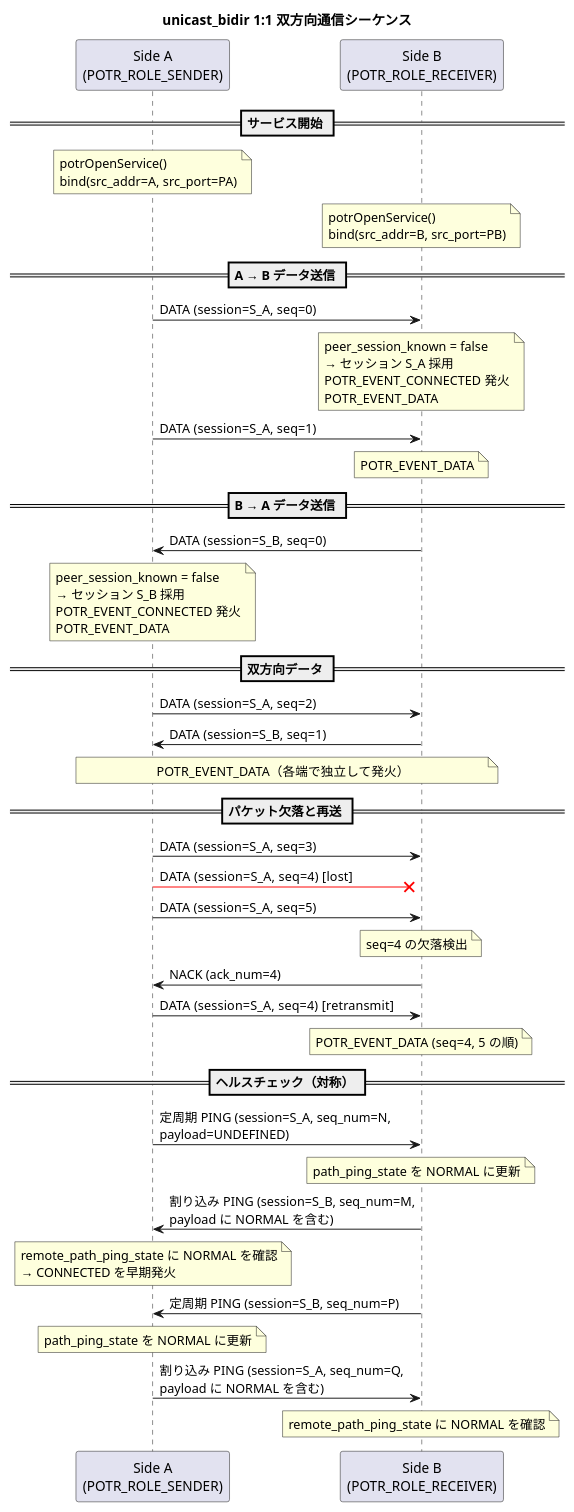
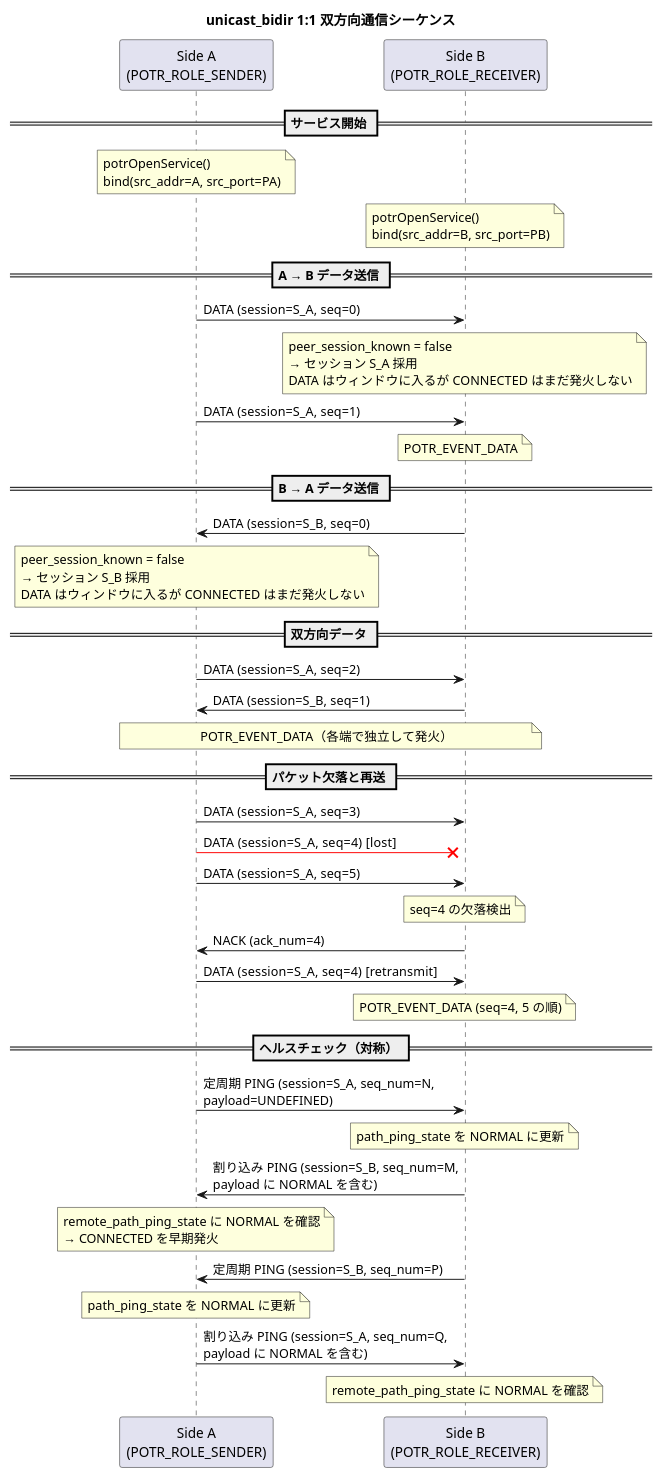
Diagram 17 of 29 in app/porter/docs/sequence.md (Hondarer/c-modernization-kit), drawn with PlantUML before and after one commit. The commit also changed other lines of this file and 7 other files, not shown here.

````diff
--- a/app/porter/docs/sequence.md
+++ b/app/porter/docs/sequence.md
@@ -622,55 +622,55 @@
 ```plantuml
 @startuml unicast_bidir 通信シーケンス
 title unicast_bidir 1:1 双方向通信シーケンス
 
 participant "Side A\n(POTR_ROLE_SENDER)" as A
 participant "Side B\n(POTR_ROLE_RECEIVER)" as B
 
 == サービス開始 ==
 
 note over A: potrOpenService()\nbind(src_addr=A, src_port=PA)
 note over B: potrOpenService()\nbind(src_addr=B, src_port=PB)
 
 == A → B データ送信 ==
 
 A -> B: DATA (session=S_A, seq=0)
-note over B: peer_session_known = false\n→ セッション S_A 採用\nPOTR_EVENT_CONNECTED 発火\nPOTR_EVENT_DATA
+note over B: peer_session_known = false\n→ セッション S_A 採用\nDATA はウィンドウに入るが CONNECTED はまだ発火しない
 
 A -> B: DATA (session=S_A, seq=1)
 note over B: POTR_EVENT_DATA
 
 == B → A データ送信 ==
 
 B -> A: DATA (session=S_B, seq=0)
-note over A: peer_session_known = false\n→ セッション S_B 採用\nPOTR_EVENT_CONNECTED 発火\nPOTR_EVENT_DATA
+note over A: peer_session_known = false\n→ セッション S_B 採用\nDATA はウィンドウに入るが CONNECTED はまだ発火しない
 
 == 双方向データ ==
 
 A -> B: DATA (session=S_A, seq=2)
 B -> A: DATA (session=S_B, seq=1)
 note over A,B: POTR_EVENT_DATA（各端で独立して発火）
 
 == パケット欠落と再送 ==
 
 A -> B: DATA (session=S_A, seq=3)
 A -[#red]x B: DATA (session=S_A, seq=4)  [lost]
 A -> B: DATA (session=S_A, seq=5)
 note over B: seq=4 の欠落検出
 B -> A: NACK (ack_num=4)
 A -> B: DATA (session=S_A, seq=4)  [retransmit]
 note over B: POTR_EVENT_DATA (seq=4, 5 の順)
 
 == ヘルスチェック（対称） ==
 
 A -> B: 定周期 PING (session=S_A, seq_num=N,\npayload=UNDEFINED)
 note over B: path_ping_state を NORMAL に更新
 B -> A: 割り込み PING (session=S_B, seq_num=M,\npayload に NORMAL を含む)
 note over A: remote_path_ping_state に NORMAL を確認\n→ CONNECTED を早期発火
 
 B -> A: 定周期 PING (session=S_B, seq_num=P)
 note over A: path_ping_state を NORMAL に更新
 A -> B: 割り込み PING (session=S_A, seq_num=Q,\npayload に NORMAL を含む)
 note over B: remote_path_ping_state に NORMAL を確認
 
 @enduml
 ```
````
